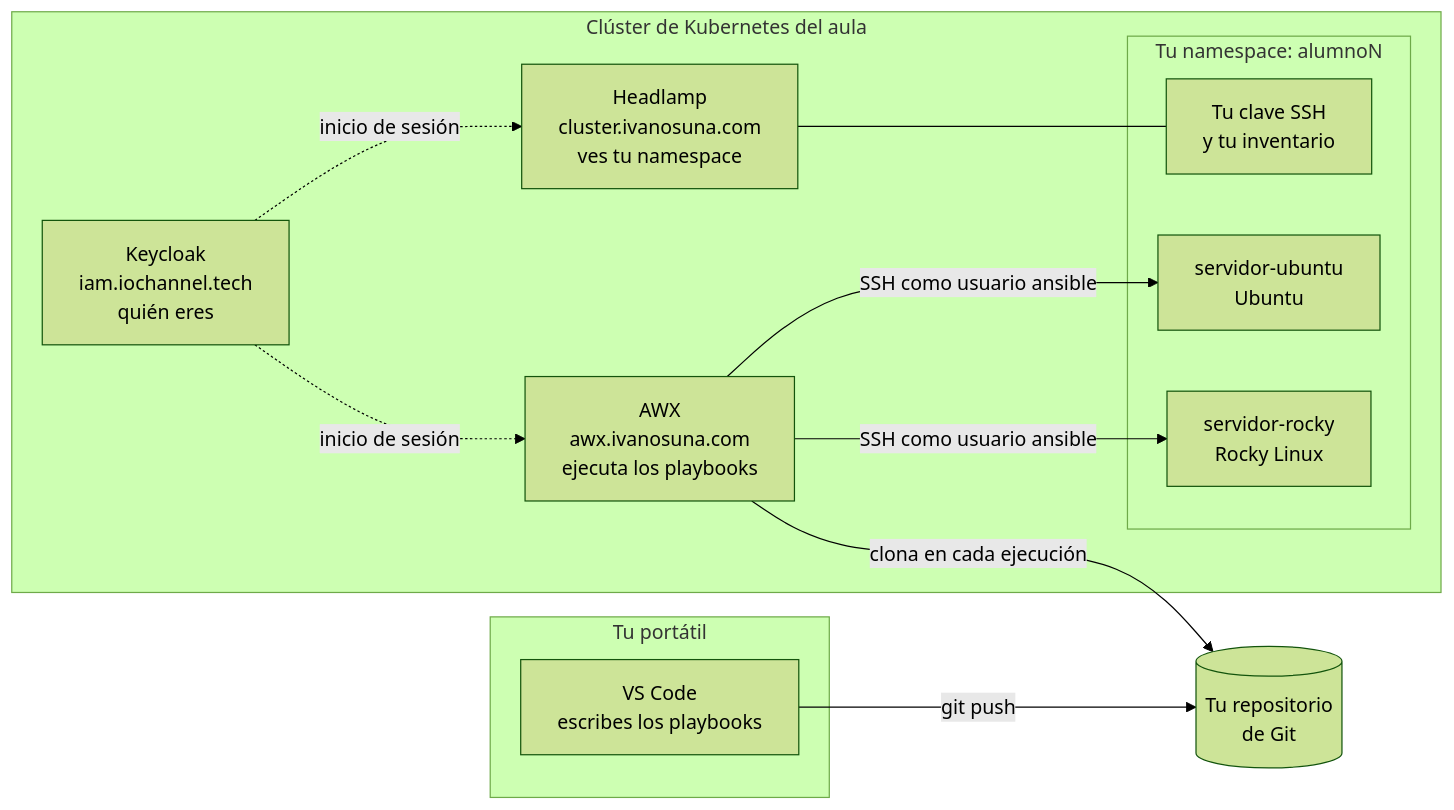
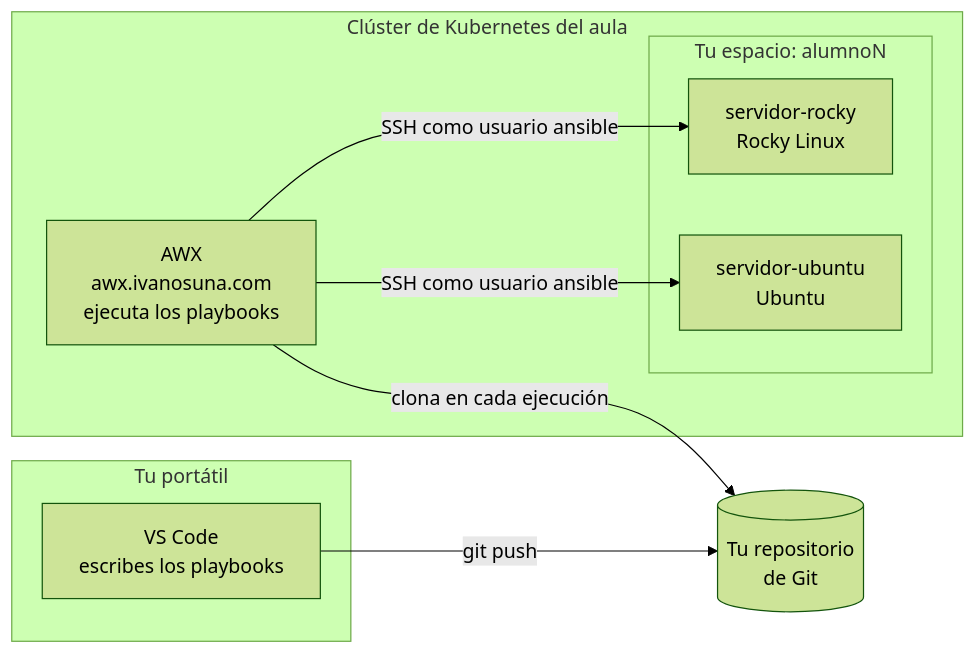
One commit to IvanciniGT/formacionAU294 changed the diagram in README.md. Above: the diagram before and after it, drawn with Mermaid (forest theme). The commit also changed other lines of this file, not shown here.

First line of the commit message:
README: solo AWX, que es lo unico que usan los alumnos

````diff
--- a/README.md
+++ b/README.md
@@ -68,28 +66,22 @@
 ```mermaid
 flowchart LR
     subgraph portatil["Tu portátil"]
         vscode["VS Code<br/>escribes los playbooks"]
     end
 
     git[("Tu repositorio<br/>de Git")]
 
     subgraph cluster["Clúster de Kubernetes del aula"]
-        keycloak["Keycloak<br/>iam.iochannel.tech<br/>quién eres"]
         awx["AWX<br/>awx.ivanosuna.com<br/>ejecuta los playbooks"]
-        headlamp["Headlamp<br/>cluster.ivanosuna.com<br/>ves tu namespace"]
 
-        subgraph ns["Tu namespace: alumnoN"]
+        subgraph ns["Tu espacio: alumnoN"]
             rocky["servidor-rocky<br/>Rocky Linux"]
             ubuntu["servidor-ubuntu<br/>Ubuntu"]
-            secretos["Tu clave SSH<br/>y tu inventario"]
         end
     end
 
     vscode -- "git push" --> git
     awx -- "clona en cada ejecución" --> git
     awx -- "SSH como usuario ansible" --> rocky
     awx -- "SSH como usuario ansible" --> ubuntu
-    keycloak -. "inicio de sesión" .-> awx
-    keycloak -. "inicio de sesión" .-> headlamp
-    headlamp --- secretos
 ```
````
